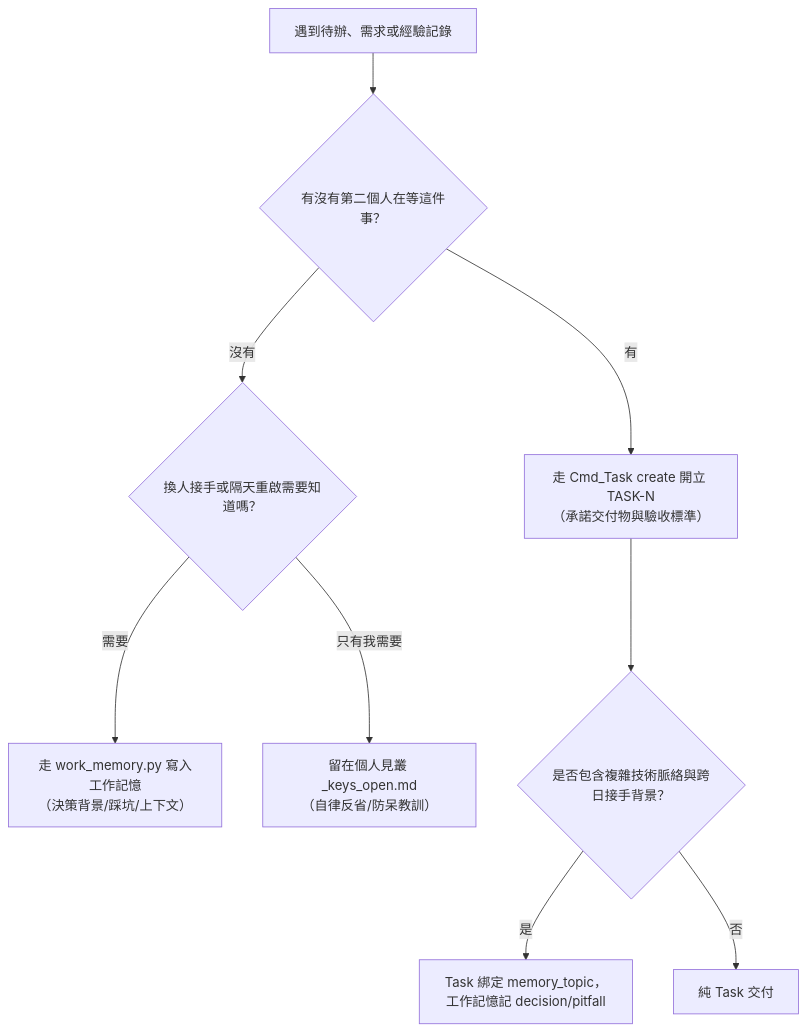
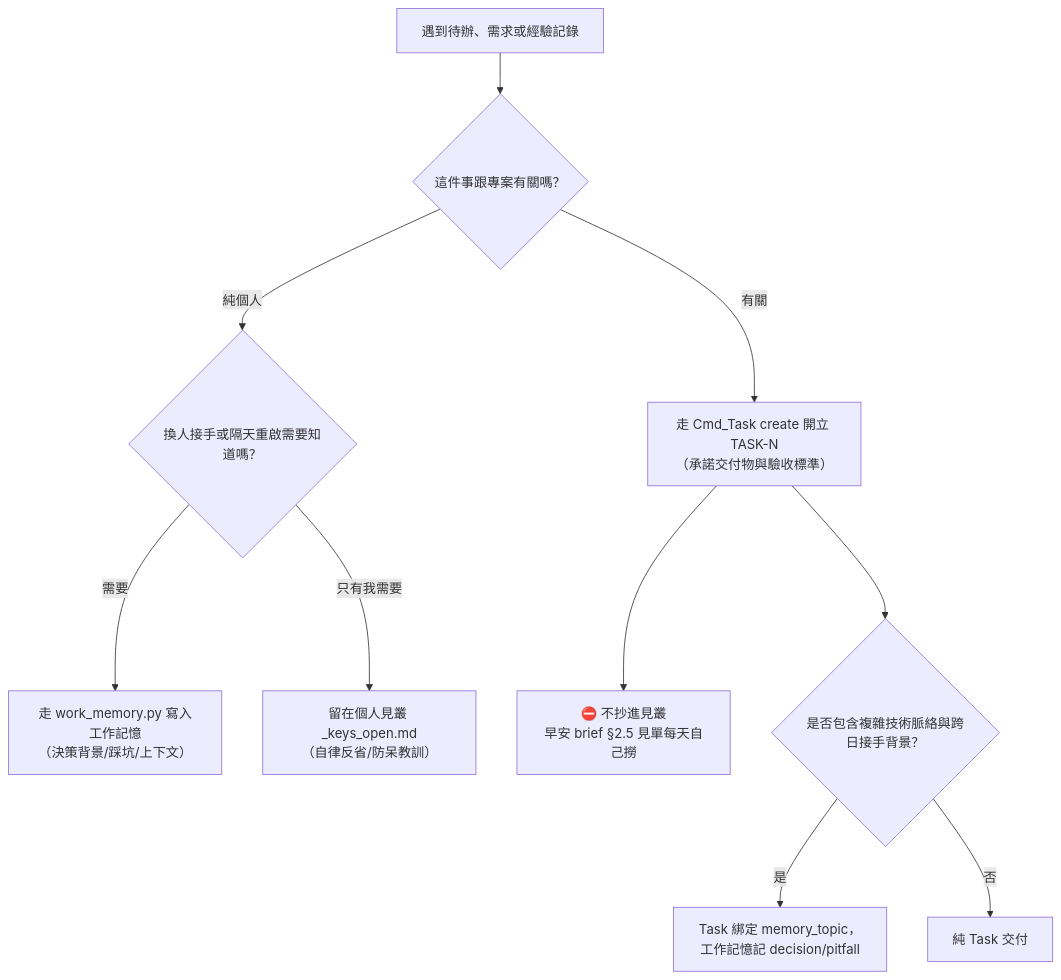
Before and after one commit to tim099/UCL_Core: the diagram in Skills~/ucl-task/SKILL.md, drawn with Mermaid. The commit also changed other lines of this file and 5 other files, not shown here.

````diff
--- a/Skills~/ucl-task/SKILL.md
+++ b/Skills~/ucl-task/SKILL.md
@@ -25,11 +26,12 @@
 ```mermaid
 graph TD
-    A[遇到待辦、需求或經驗記錄] --> B{有沒有第二個人在等這件事？}
-    B -->|有| C[走 Cmd_Task create 開立 TASK-N<br>（承諾交付物與驗收標準）]
-    B -->|沒有| D{換人接手或隔天重啟需要知道嗎？}
+    A[遇到待辦、需求或經驗記錄] --> B{這件事跟專案有關嗎？}
+    B -->|有關| C[走 Cmd_Task create 開立 TASK-N<br>（承諾交付物與驗收標準）]
+    B -->|純個人| D{換人接手或隔天重啟需要知道嗎？}
     D -->|需要| E[走 work_memory.py 寫入工作記憶<br>（決策背景/踩坑/上下文）]
     D -->|只有我需要| F[留在個人見叢 _keys_open.md<br>（自律反省/防呆教訓）]
+    C --> J[⛔ 不抄進見叢<br>早安 brief §2.5 見單每天自己撈]
     C --> G{是否包含複雜技術脈絡與跨日接手背景？}
     G -->|是| H[Task 綁定 memory_topic，工作記憶記 decision/pitfall]
     G -->|否| I[純 Task 交付]
 ```
````
